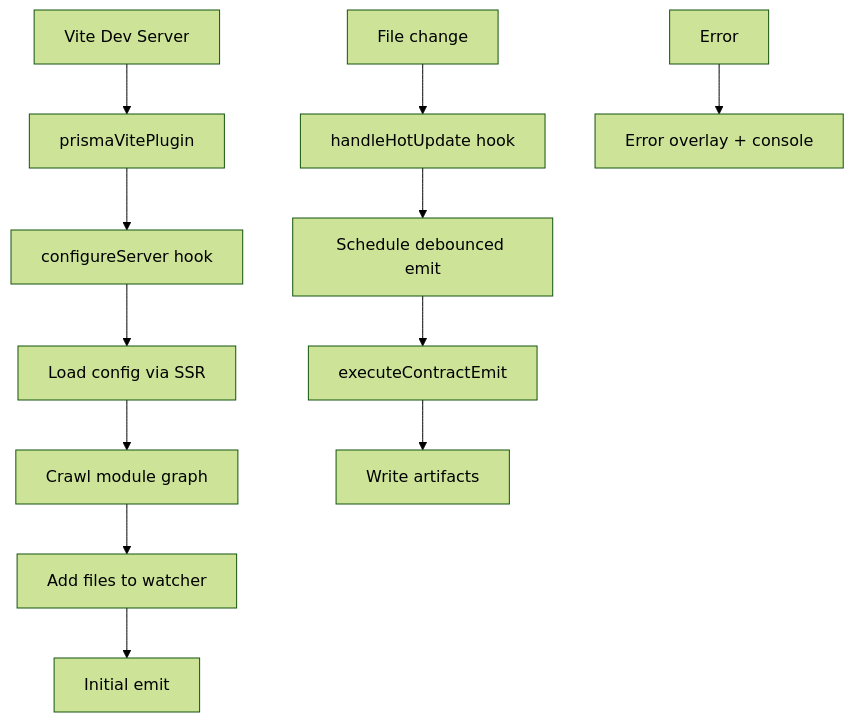
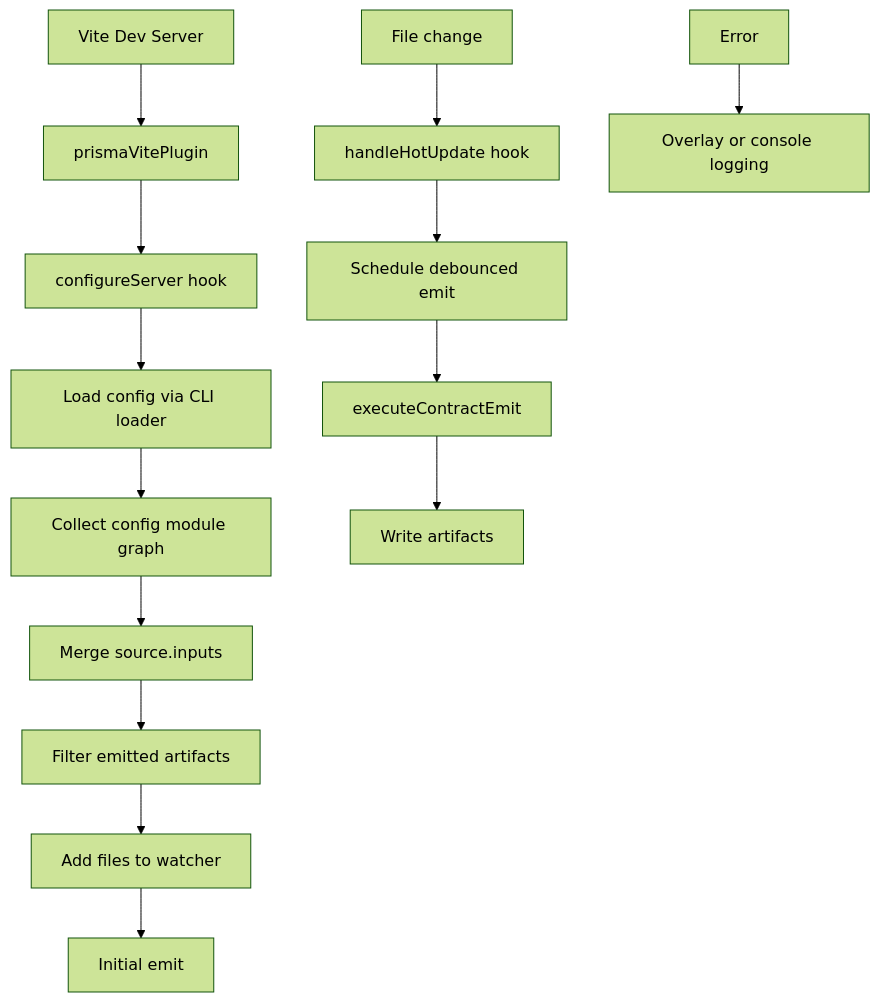
Before and after one commit to prisma/prisma-next: the diagram in packages/1-framework/3-tooling/vite-plugin-contract-emit/README.md, drawn with Mermaid (forest theme). The commit also changed other lines of this file and 3 other files, not shown here.

````diff
--- a/packages/1-framework/3-tooling/vite-plugin-contract-emit/README.md
+++ b/packages/1-framework/3-tooling/vite-plugin-contract-emit/README.md
@@ -71,16 +72,18 @@
 ```mermaid
 graph TD
     A[Vite Dev Server] --> B[prismaVitePlugin]
     B --> C[configureServer hook]
-    C --> D[Load config via SSR]
-    D --> E[Crawl module graph]
-    E --> F[Add files to watcher]
-    F --> G[Initial emit]
+    C --> D[Load config via CLI loader]
+    D --> E[Collect config module graph]
+    E --> F[Merge source.inputs]
+    F --> G[Filter emitted artifacts]
+    G --> H[Add files to watcher]
+    H --> I[Initial emit]
     
-    H[File change] --> I[handleHotUpdate hook]
-    I --> J[Schedule debounced emit]
-    J --> K[executeContractEmit]
-    K --> L[Write artifacts]
+    J[File change] --> K[handleHotUpdate hook]
+    K --> L[Schedule debounced emit]
+    L --> M[executeContractEmit]
+    M --> N[Write artifacts]
     
-    M[Error] --> N[Error overlay + console]
+    P[Error] --> Q[Overlay or console logging]
 ```
````
